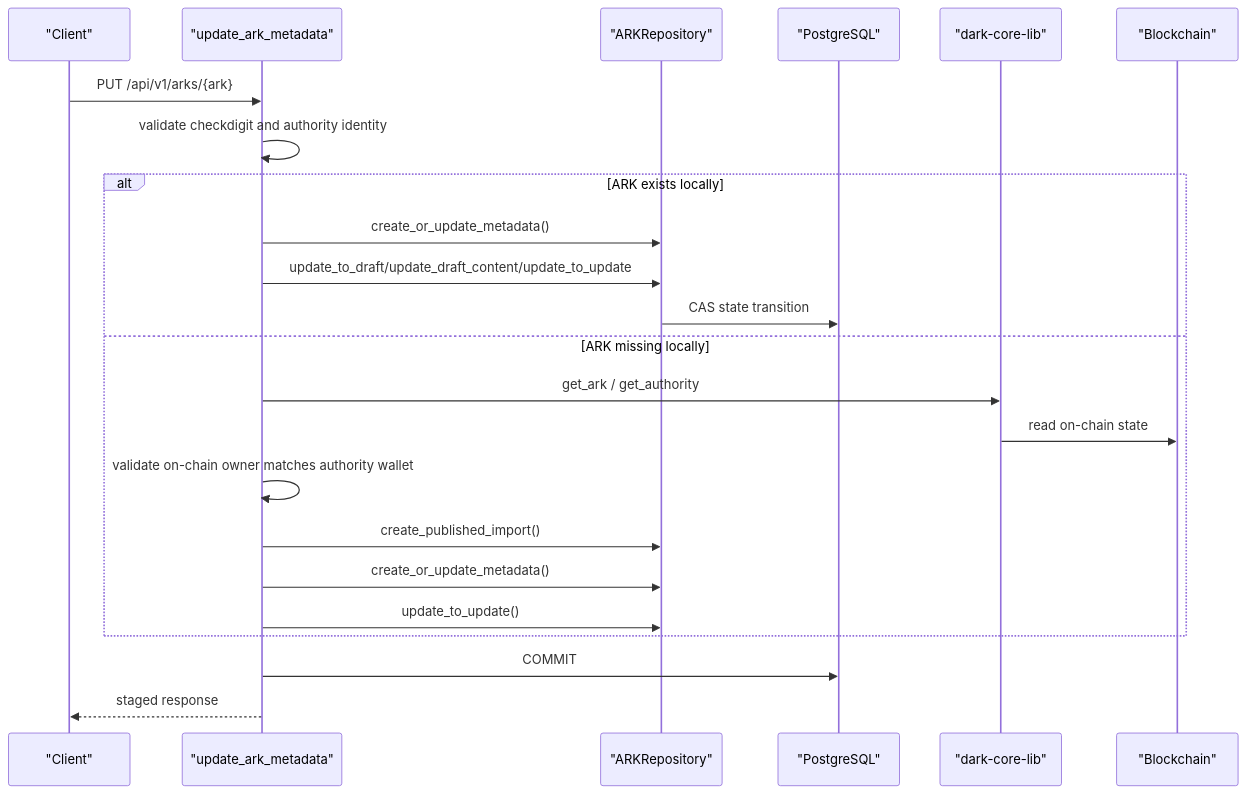
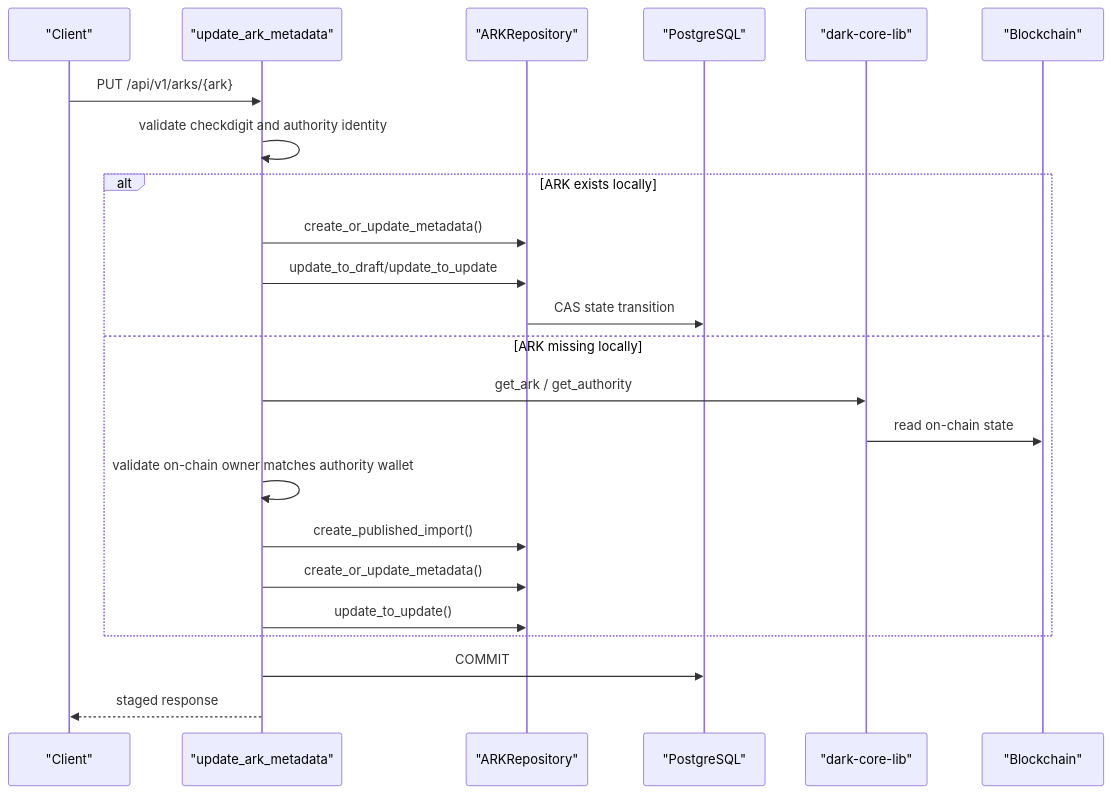
One commit to LA-Referencia-IOI/dark-core-minter-api changed the fifth of 12 diagrams in minter-architecture.md. Above: the diagram before and after it, drawn with Mermaid. The commit also changed other lines of this file and 42 other files, not shown here.

````diff
--- a/minter-architecture.md
+++ b/minter-architecture.md
@@ -195,26 +202,26 @@
 ```mermaid
 sequenceDiagram
     participant Client as "Client"
     participant API as "update_ark_metadata"
     participant Repo as "ARKRepository"
     participant DB as "PostgreSQL"
     participant Core as "dark-core-lib"
     participant Chain as "Blockchain"
 
     Client->>API: PUT /api/v1/arks/{ark}
     API->>API: validate checkdigit and authority identity
     alt ARK exists locally
         API->>Repo: create_or_update_metadata()
-        API->>Repo: update_to_draft/update_draft_content/update_to_update
+        API->>Repo: update_to_draft/update_to_update
         Repo->>DB: CAS state transition
     else ARK missing locally
         API->>Core: get_ark / get_authority
         Core->>Chain: read on-chain state
         API->>API: validate on-chain owner matches authority wallet
         API->>Repo: create_published_import()
         API->>Repo: create_or_update_metadata()
         API->>Repo: update_to_update()
     end
     API->>DB: COMMIT
     API-->>Client: staged response
 ```
````
